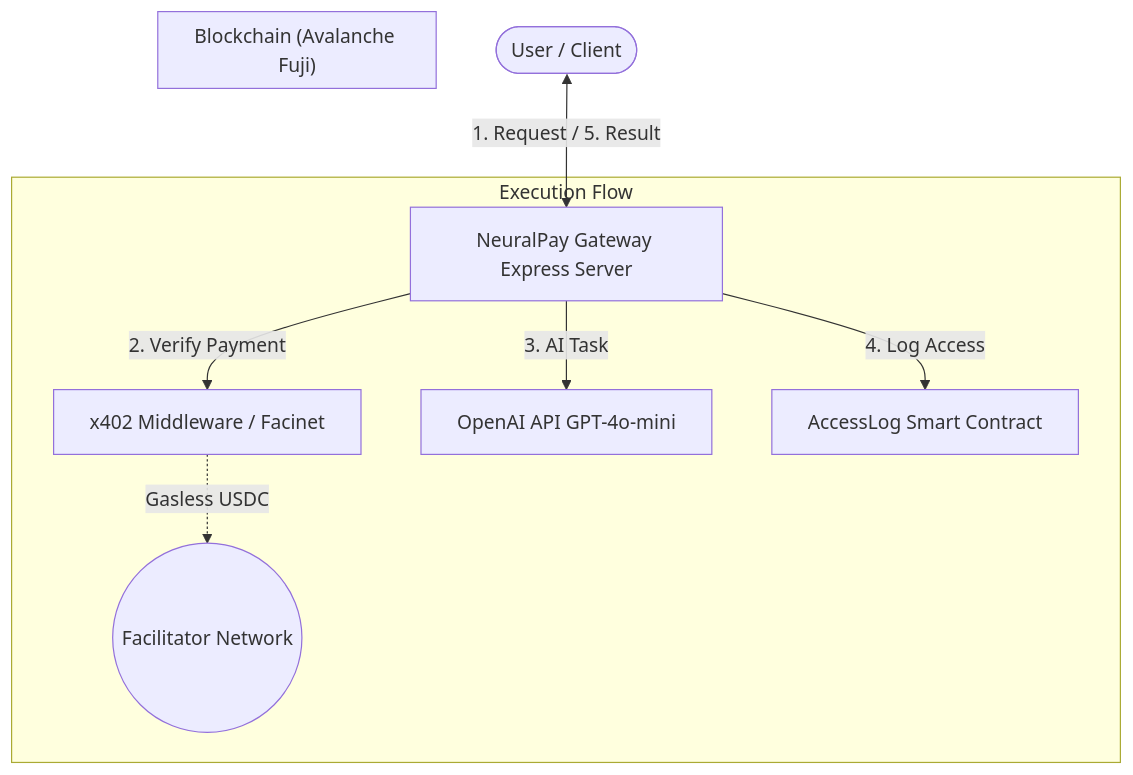
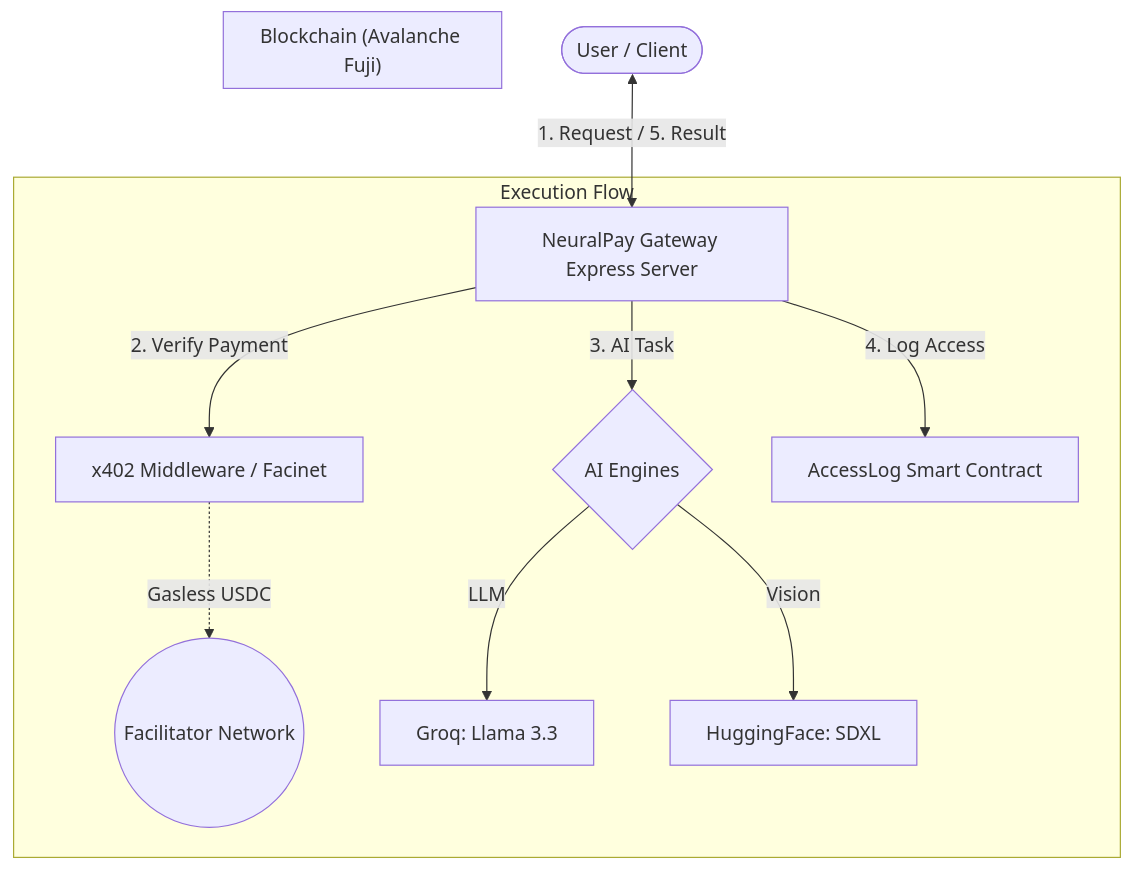
The first of 2 diagrams in README.md (sohansarkar07/MMM), drawn with Mermaid before and after one commit. The commit also changed other lines of this file, not shown here.

Commit message:
docs: Refine README with correct tech stack and sequence diagrams

````diff
--- a/README.md
+++ b/README.md
@@ -62,15 +62,17 @@
 ```mermaid
 graph TD
     User([User / Client]) <-->|1. Request / 5. Result| Gateway[NeuralPay Gateway Express Server]
     
     subgraph "Execution Flow"
         Gateway -->|2. Verify Payment| x402[x402 Middleware / Facinet]
         x402 -.->|Gasless USDC| OnChainPay((Facilitator Network))
-        Gateway -->|3. AI Task| OpenAI[OpenAI API GPT-4o-mini]
+        Gateway -->|3. AI Task| AI_Engines{AI Engines}
+        AI_Engines -->|LLM| Groq[Groq: Llama 3.3]
+        AI_Engines -->|Vision| HF[HuggingFace: SDXL]
         Gateway -->|4. Log Access| Contract[AccessLog Smart Contract]
     end
     
     subgraph "Blockchain (Avalanche Fuji)"
         Contract
     end
 ```
````
